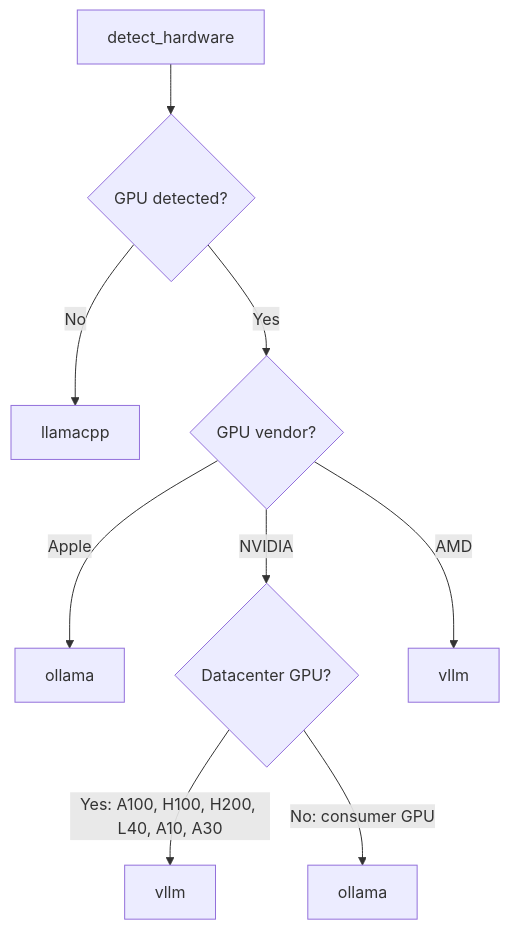
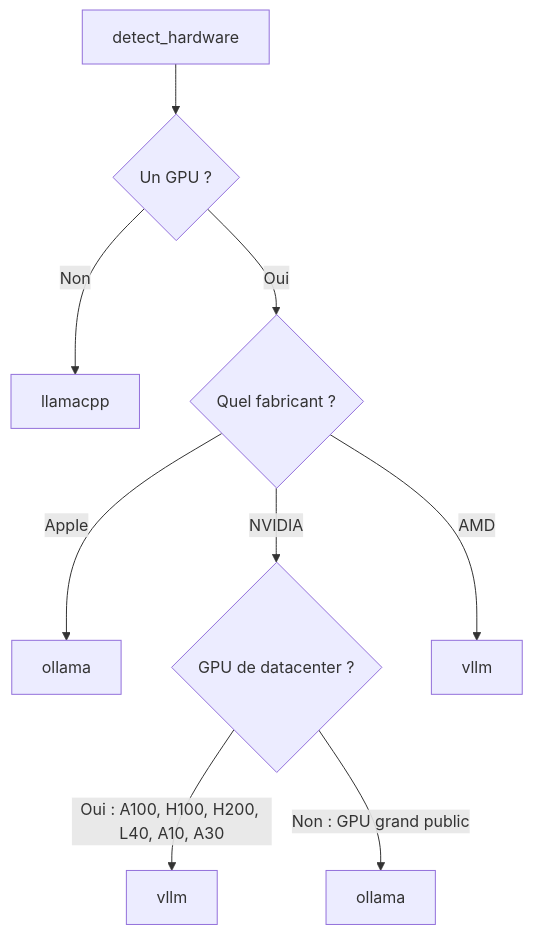
Before and after one commit to carlitoetienne01-spec/Diapason: the diagram in docs/getting-started/configuration.md, drawn with Mermaid. The commit also changed other lines of this file and 257 other files, not shown here.

````diff
--- a/docs/getting-started/configuration.md
+++ b/docs/getting-started/configuration.md
@@ -672,11 +673,11 @@
 ```mermaid
 graph TD
-    A[detect_hardware] --> B{GPU detected?}
-    B -->|No| C[llamacpp]
-    B -->|Yes| D{GPU vendor?}
+    A[detect_hardware] --> B{Un GPU ?}
+    B -->|Non| C[llamacpp]
+    B -->|Oui| D{Quel fabricant ?}
     D -->|Apple| E[ollama]
-    D -->|NVIDIA| F{Datacenter GPU?}
+    D -->|NVIDIA| F{GPU de datacenter ?}
     D -->|AMD| G[vllm]
-    F -->|Yes: A100, H100, H200, L40, A10, A30| H[vllm]
-    F -->|No: consumer GPU| I[ollama]
+    F -->|Oui : A100, H100, H200, L40, A10, A30| H[vllm]
+    F -->|Non : GPU grand public| I[ollama]
 ```
````
